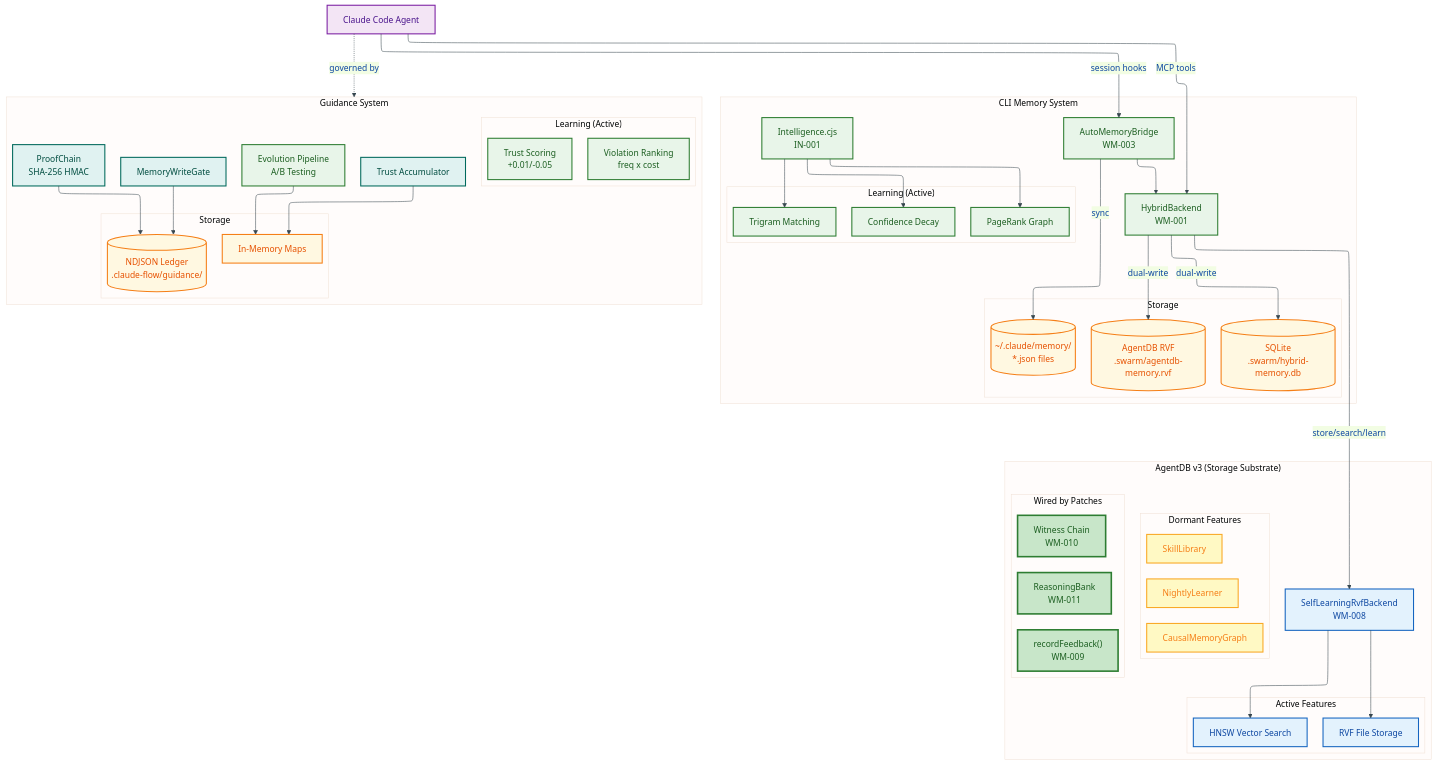
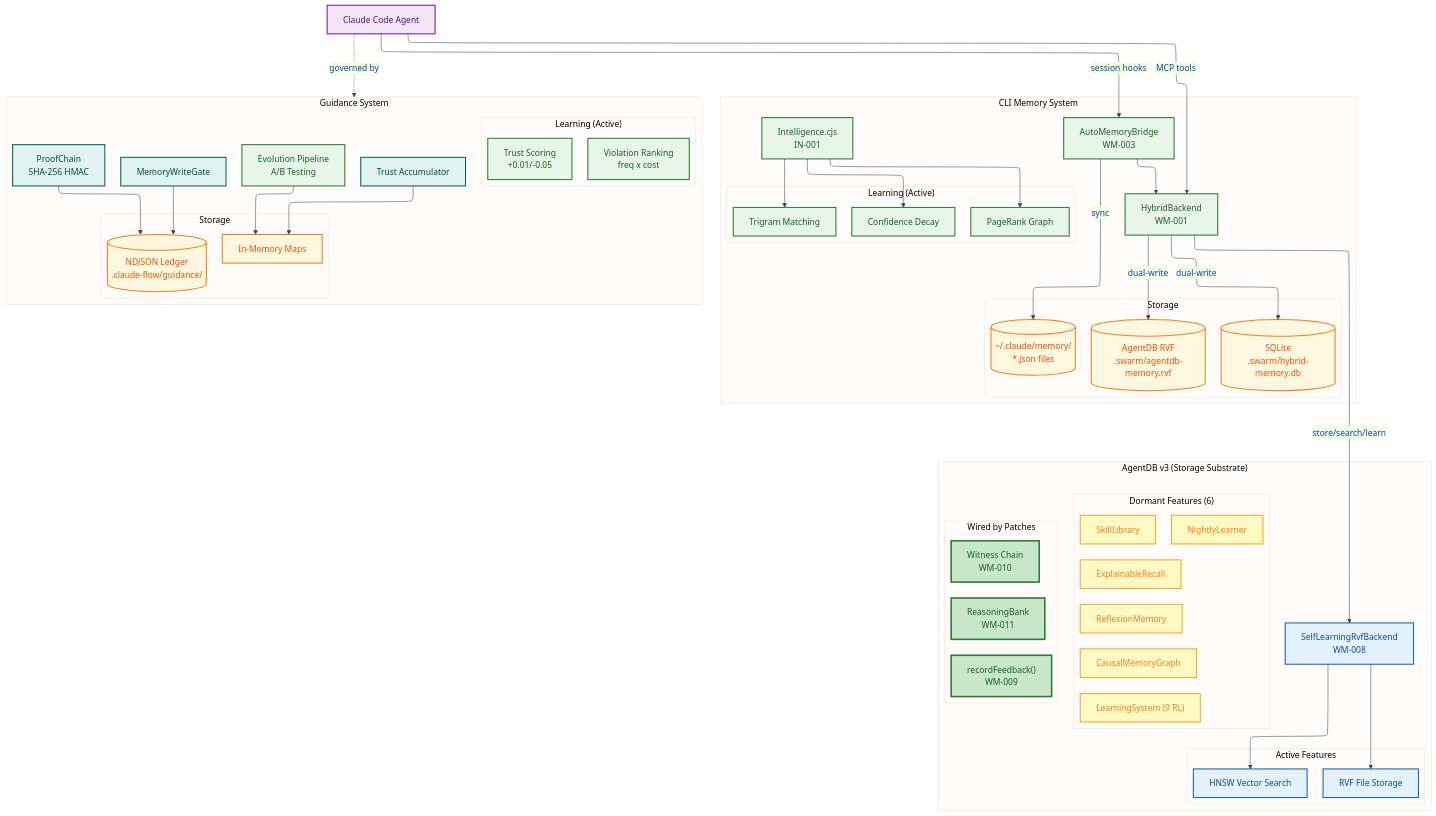
One commit to sparkling/claude-flow-patch changed the first of 3 diagrams in docs/memory-system-analysis.md. Above: the diagram before and after it, drawn with Mermaid. The commit also changed other lines of this file and 8 other files, not shown here.

```diff
--- a/docs/memory-system-analysis.md
+++ b/docs/memory-system-analysis.md
@@ -98,11 +98,14 @@
             ReasonBank["ReasoningBank<br/>WM-011"]:::newpatch
         end
 
-        subgraph Dormant["Dormant Features"]
+        subgraph Dormant["Dormant Features (6)"]
             direction LR
+            ReflexMem["ReflexionMemory"]:::warning
             CausalMem["CausalMemoryGraph"]:::warning
             SkillLib["SkillLibrary"]:::warning
             NightLearn["NightlyLearner"]:::warning
+            ExplainRecall["ExplainableRecall"]:::warning
+            LearnSys["LearningSystem (9 RL)"]:::warning
         end
 
         subgraph Active["Active Features"]
```
